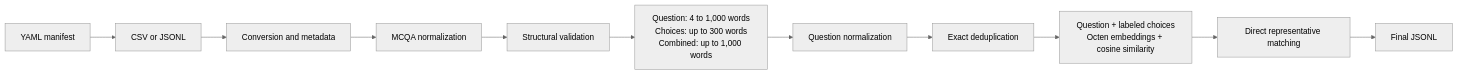
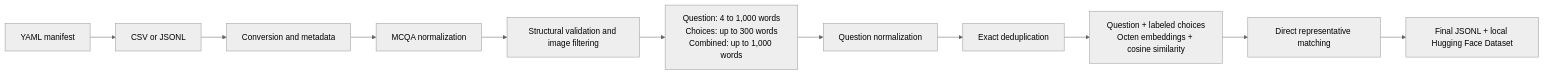
Before and after one commit to ark-aiml-research/mmlu-pt: the diagram in README.md, drawn with Mermaid (neutral theme). The commit also changed other lines of this file and 7 other files, not shown here.

Commit message:
feat: Filtro de questões com imagem + criação de HF dataset ao final

````diff
--- a/README.md
+++ b/README.md
@@ -17,13 +17,13 @@
 ```mermaid
 flowchart LR
     A[YAML manifest] --> B[CSV or JSONL]
     B --> C[Conversion and metadata]
     C --> D[MCQA normalization]
-    D --> E[Structural validation]
+    D --> E[Structural validation and image filtering]
     E --> F[Question: 4 to 1,000 words<br/>Choices: up to 300 words<br/>Combined: up to 1,000 words]
     F --> G[Question normalization]
     G --> H[Exact deduplication]
     H --> I[Question + labeled choices<br/>Octen embeddings + cosine similarity]
     I --> J[Direct representative matching]
-    J --> K[Final JSONL]
+    J --> K[Final JSONL + local Hugging Face Dataset]
 ```
````
